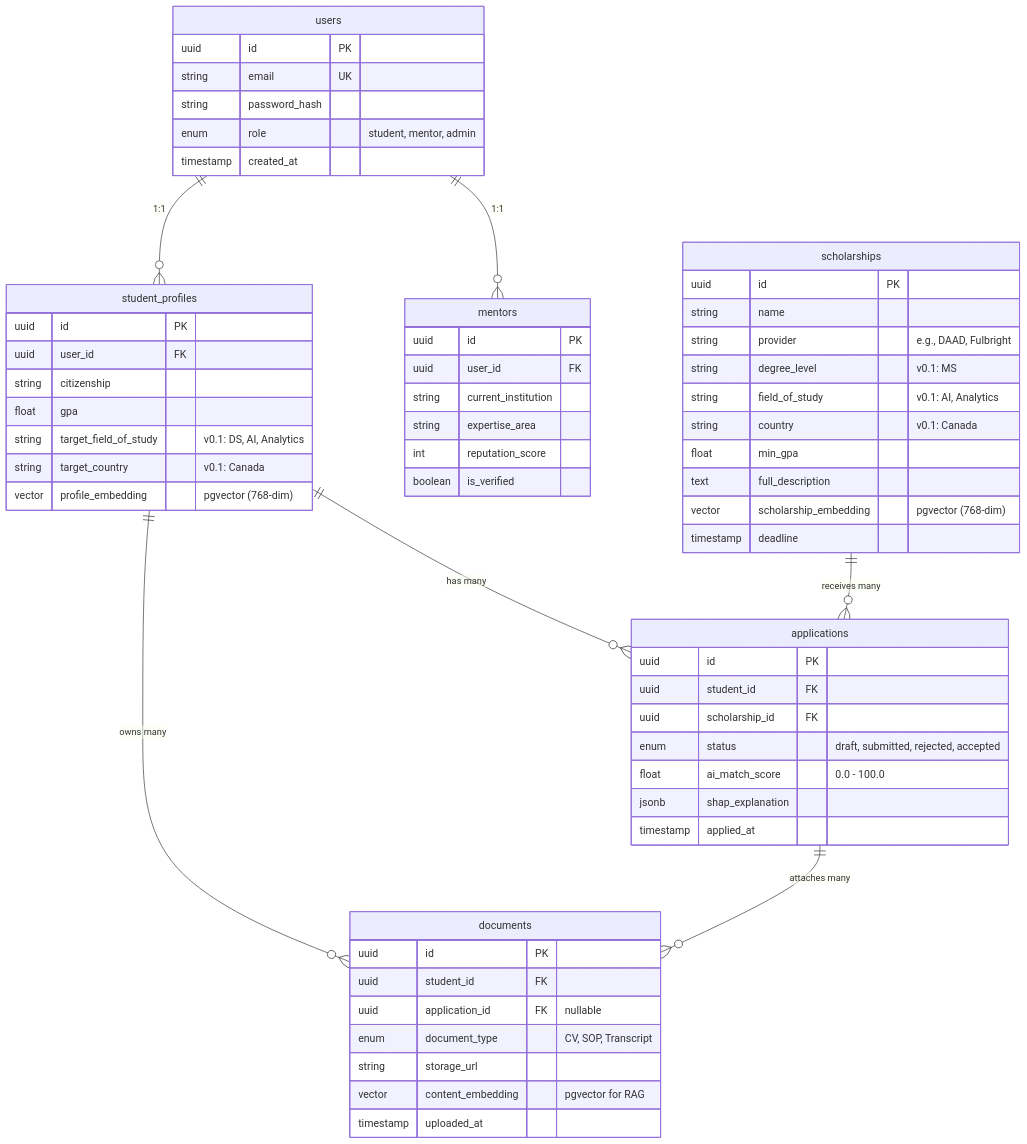
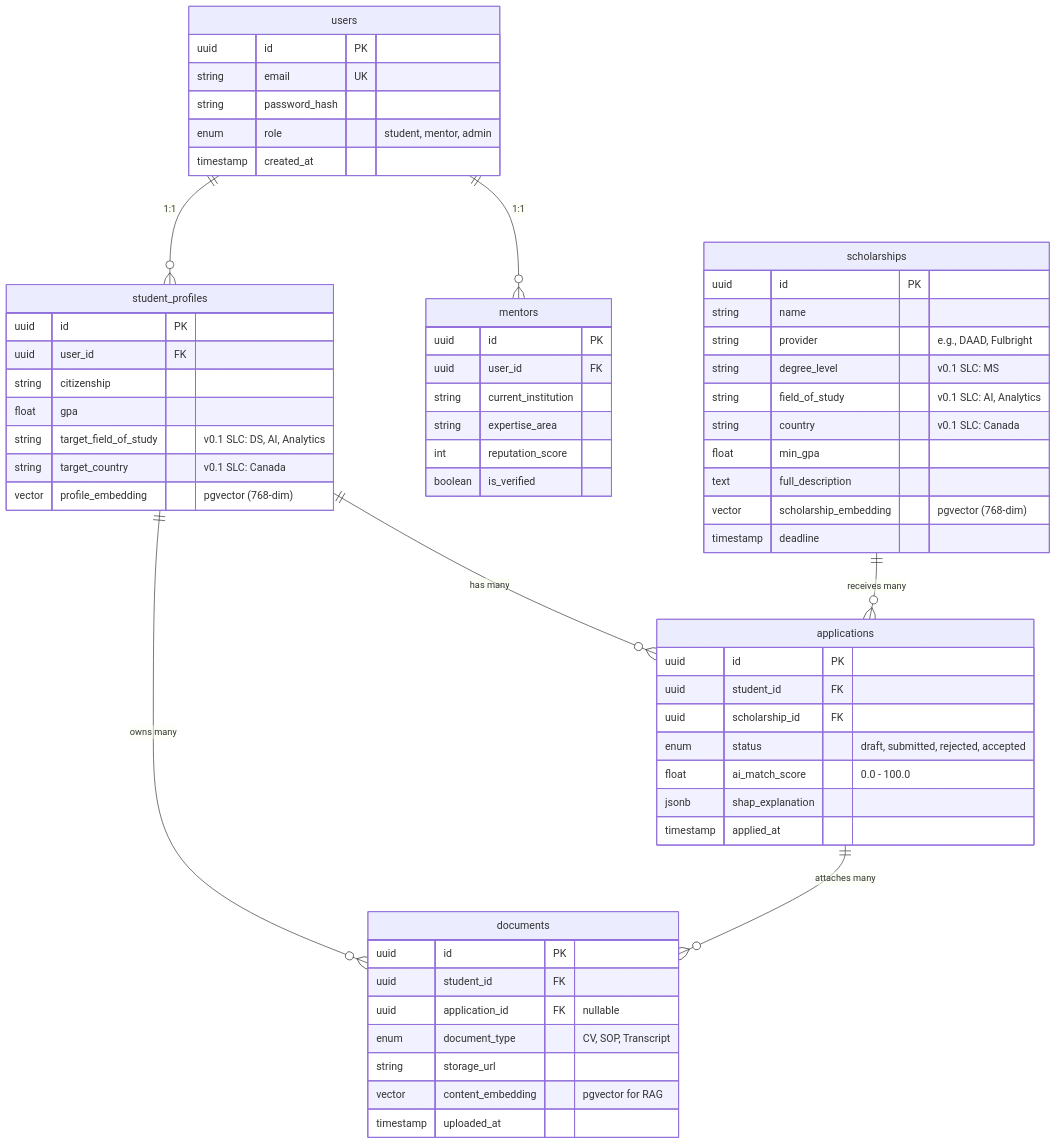
Before and after one commit to HaiderNaqvi-5/scholarai-platform: the diagram in docs/database_schema.md, drawn with Mermaid. The commit also changed other lines of this file and 46 other files, not shown here.

````diff
--- a/docs/database_schema.md
+++ b/docs/database_schema.md
@@ -13,69 +13,69 @@
 ```mermaid
 erDiagram
     users ||--o{ student_profiles : "1:1"
     users ||--o{ mentors : "1:1"
     student_profiles ||--o{ applications : "has many"
     scholarships ||--o{ applications : "receives many"
     student_profiles ||--o{ documents : "owns many"
     applications ||--o{ documents : "attaches many"
 
     users {
         uuid id PK
         string email UK
         string password_hash
         enum role "student, mentor, admin"
         timestamp created_at
     }
 
     student_profiles {
         uuid id PK
         uuid user_id FK
         string citizenship
         float gpa
-        string target_field_of_study "v0.1: DS, AI, Analytics"
-        string target_country "v0.1: Canada"
+        string target_field_of_study "v0.1 SLC: DS, AI, Analytics"
+        string target_country "v0.1 SLC: Canada"
         vector profile_embedding "pgvector (768-dim)"
     }
 
     scholarships {
         uuid id PK
         string name
         string provider "e.g., DAAD, Fulbright"
-        string degree_level "v0.1: MS"
-        string field_of_study "v0.1: AI, Analytics"
-        string country "v0.1: Canada"
+        string degree_level "v0.1 SLC: MS"
+        string field_of_study "v0.1 SLC: AI, Analytics"
+        string country "v0.1 SLC: Canada"
         float min_gpa
         text full_description
         vector scholarship_embedding "pgvector (768-dim)"
         timestamp deadline
     }
 
     applications {
         uuid id PK
         uuid student_id FK
         uuid scholarship_id FK
         enum status "draft, submitted, rejected, accepted"
         float ai_match_score "0.0 - 100.0"
         jsonb shap_explanation
         timestamp applied_at
     }
 
     documents {
         uuid id PK
         uuid student_id FK
         uuid application_id FK "nullable"
         enum document_type "CV, SOP, Transcript"
         string storage_url
         vector content_embedding "pgvector for RAG"
         timestamp uploaded_at
     }
 
     mentors {
         uuid id PK
         uuid user_id FK
         string current_institution
         string expertise_area
         int reputation_score
         boolean is_verified
     }
 ```
````
